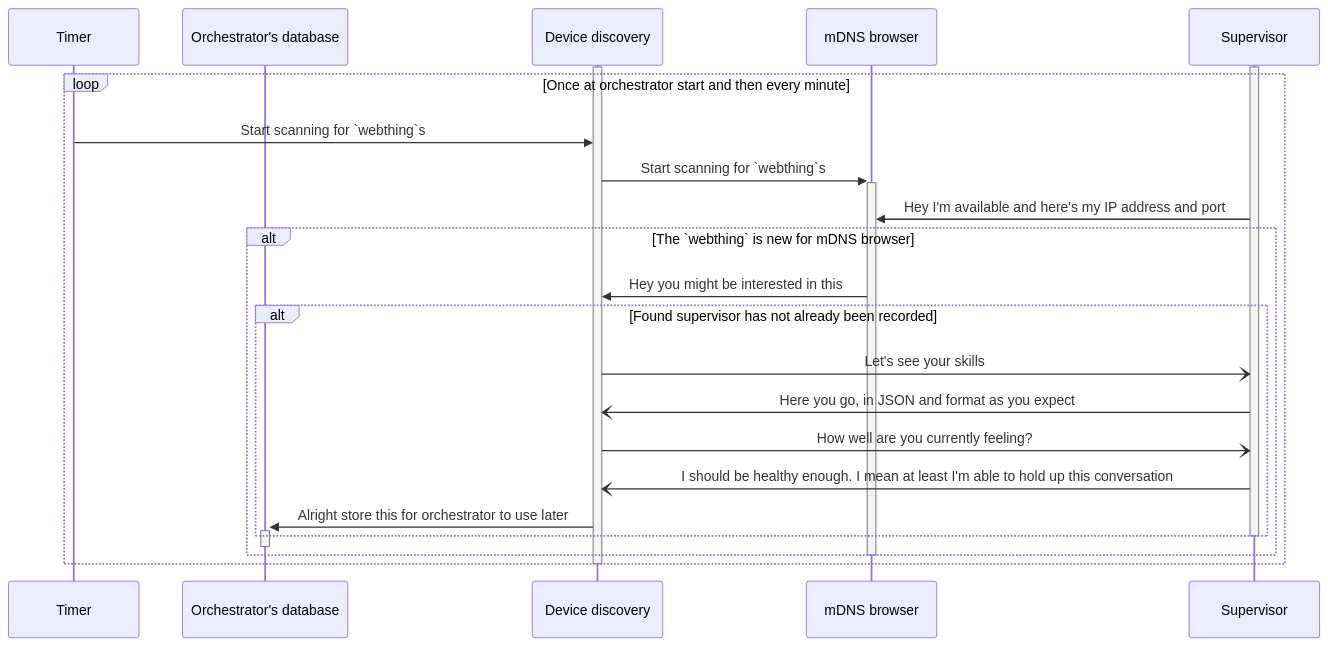
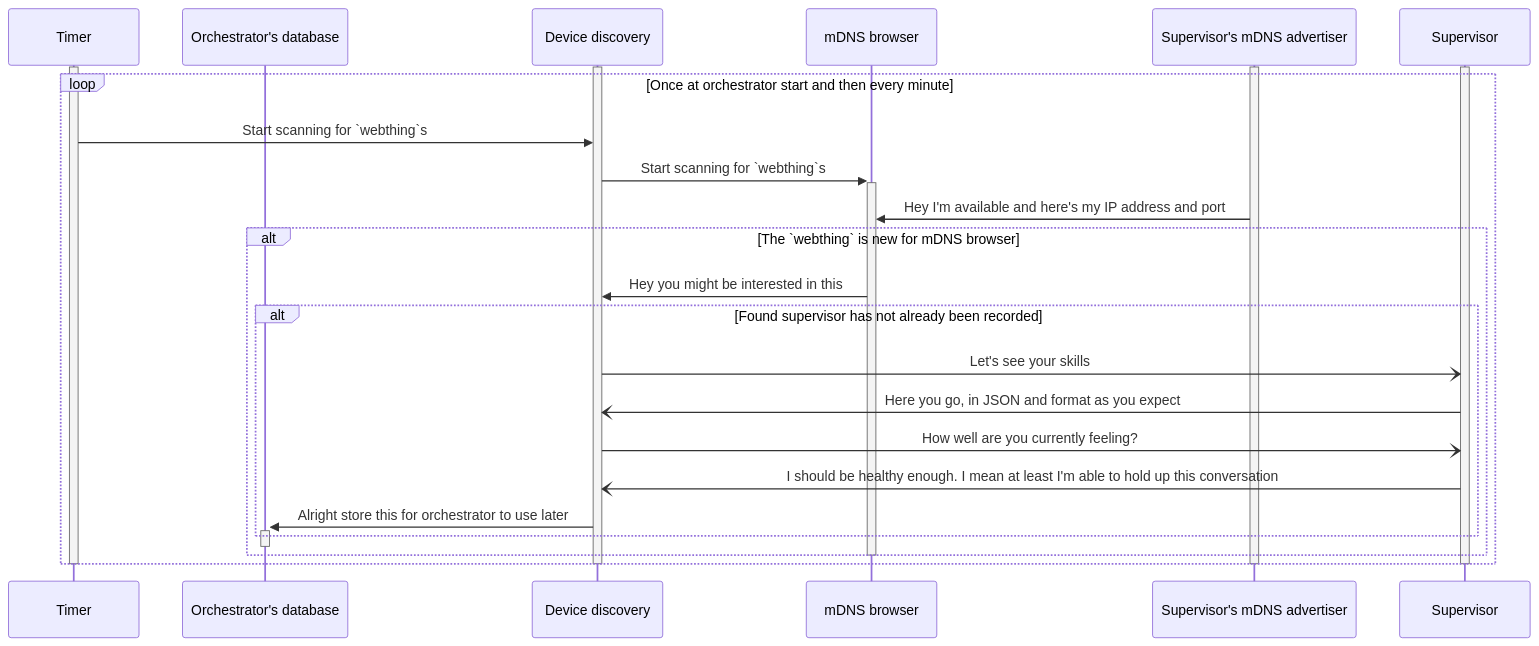
Before and after one commit to viaielja/viaielja-wasmiot: the diagram in docs/discovery.md, drawn with Mermaid. The commit also changed other lines of this file, not shown here.

````diff
--- a/docs/discovery.md
+++ b/docs/discovery.md
@@ -11,31 +13,36 @@
 ```mermaid
 sequenceDiagram
     %% Definitions:
     participant T as Timer
     participant DB as Orchestrator's database
     participant D as Device discovery
     participant M as mDNS browser
+    participant SM as Supervisor's mDNS advertiser
     participant S as Supervisor
 
     activate S
+    activate SM
     activate D
+    activate T
     loop Once at orchestrator start and then every minute
         T->>D: Start scanning for `webthing`s
         D->>+M: Start scanning for `webthing`s
-        S->>M: Hey I'm available and here's my IP address and port
+        SM->>M: Hey I'm available and here's my IP address and port
         alt The `webthing` is new for mDNS browser
             M->>D: Hey you might be interested in this
             alt Found supervisor has not already been recorded
                 D-)S: Let's see your skills
                 S-)D: Here you go, in JSON and format as you expect
                 D-)S: How well are you currently feeling?
                 S-)D: I should be healthy enough. I mean at least I'm able to hold up this conversation
                 D->>+DB: Alright store this for orchestrator to use later
             end
             deactivate DB
-            deactivate S
         end
         deactivate M
     end
     deactivate D
+    deactivate T
+    deactivate SM
+    deactivate S
 ```
````
